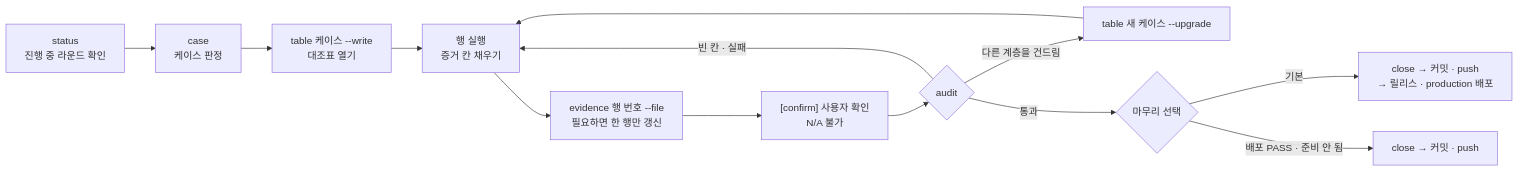
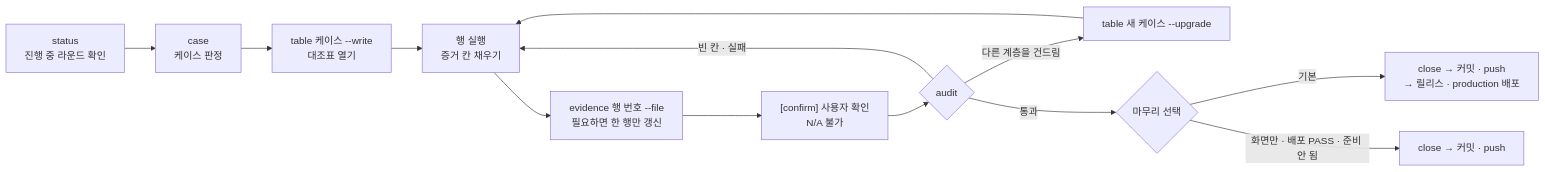
Before and after one commit to roadkwon-ai/pro-kit: the first of 2 diagrams in handbook/concepts/dev-cycle.md, drawn with Mermaid. The commit also changed other lines of this file and 126 other files, not shown here.

````diff
--- a/handbook/concepts/dev-cycle.md
+++ b/handbook/concepts/dev-cycle.md
@@ -20,15 +20,15 @@
 ```mermaid
 flowchart LR
   S["status<br/>진행 중 라운드 확인"] --> C["case<br/>케이스 판정"]
   C --> T["table 케이스 --write<br/>대조표 열기"]
   T --> R["행 실행<br/>증거 칸 채우기"]
   R --> EV["evidence 행 번호 --file<br/>필요하면 한 행만 갱신"]
   EV --> CF["[confirm] 사용자 확인<br/>N/A 불가"]
   CF --> A{"audit"}
   A -->|빈 칸 · 실패| R
   A -->|다른 계층을 건드림| U["table 새 케이스 --upgrade"]
   U --> R
   A -->|통과| Q{"마무리 선택"}
   Q -->|기본| RD["close → 커밋 · push<br/>→ 릴리스 · production 배포"]
-  Q -->|배포 PASS · 준비 안 됨| CL["close → 커밋 · push"]
+  Q -->|화면만 · 배포 PASS · 준비 안 됨| CL["close → 커밋 · push"]
 ```
````
